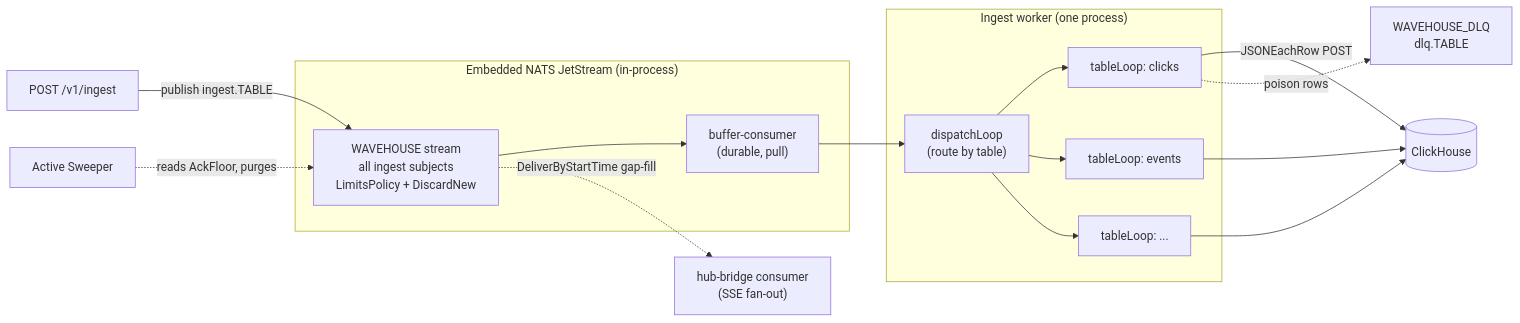
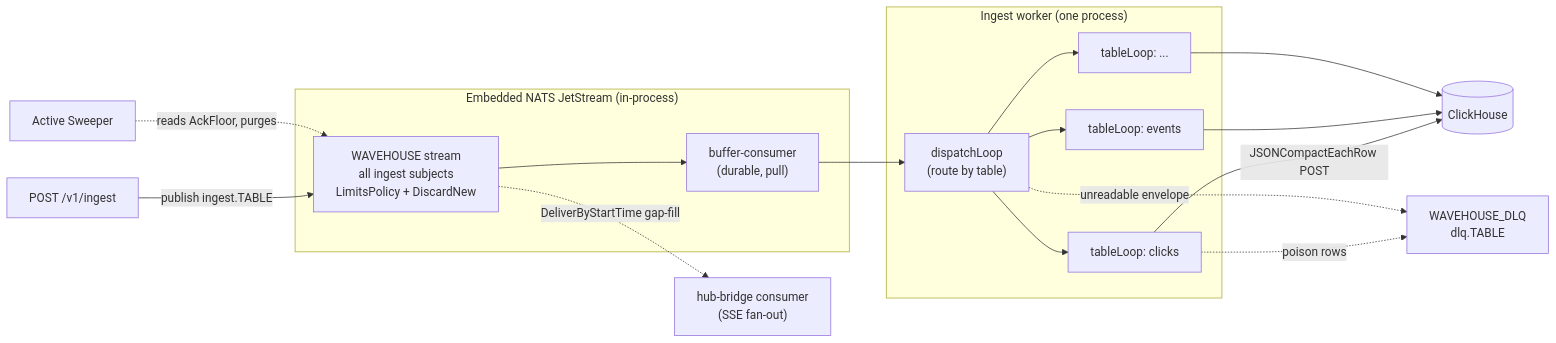
Before and after one commit to Wave-RF/WaveHouse: the first of 8 diagrams in docs/src/content/docs/ingest-pipeline.md, drawn with Mermaid. The commit also changed other lines of this file and 49 other files, not shown here.

````diff
--- a/docs/src/content/docs/ingest-pipeline.md
+++ b/docs/src/content/docs/ingest-pipeline.md
@@ -26,27 +27,28 @@
 ```mermaid
 flowchart LR
     API["POST /v1/ingest"] -->|"publish ingest.TABLE"| Stream
 
     subgraph NATS["Embedded NATS JetStream (in-process)"]
         Stream["WAVEHOUSE stream<br/>all ingest subjects<br/>LimitsPolicy + DiscardNew"]
         Cons["buffer-consumer<br/>(durable, pull)"]
         Stream --> Cons
     end
 
     Cons --> D
 
     subgraph Worker["Ingest worker (one process)"]
         D["dispatchLoop<br/>(route by table)"]
         D --> TLa["tableLoop: clicks"]
         D --> TLb["tableLoop: events"]
         D --> TLc["tableLoop: ..."]
     end
 
-    TLa -->|"JSONEachRow POST"| CH[("ClickHouse")]
+    TLa -->|"JSONCompactEachRow POST"| CH[("ClickHouse")]
     TLb --> CH
     TLc --> CH
     TLa -.->|"poison rows"| DLQ["WAVEHOUSE_DLQ<br/>dlq.TABLE"]
+    D -.->|"unreadable envelope"| DLQ
 
     Sweep["Active Sweeper"] -.->|"reads AckFloor, purges"| Stream
     Stream -.->|"DeliverByStartTime gap-fill"| Hub["hub-bridge consumer<br/>(SSE fan-out)"]
 ```
````
